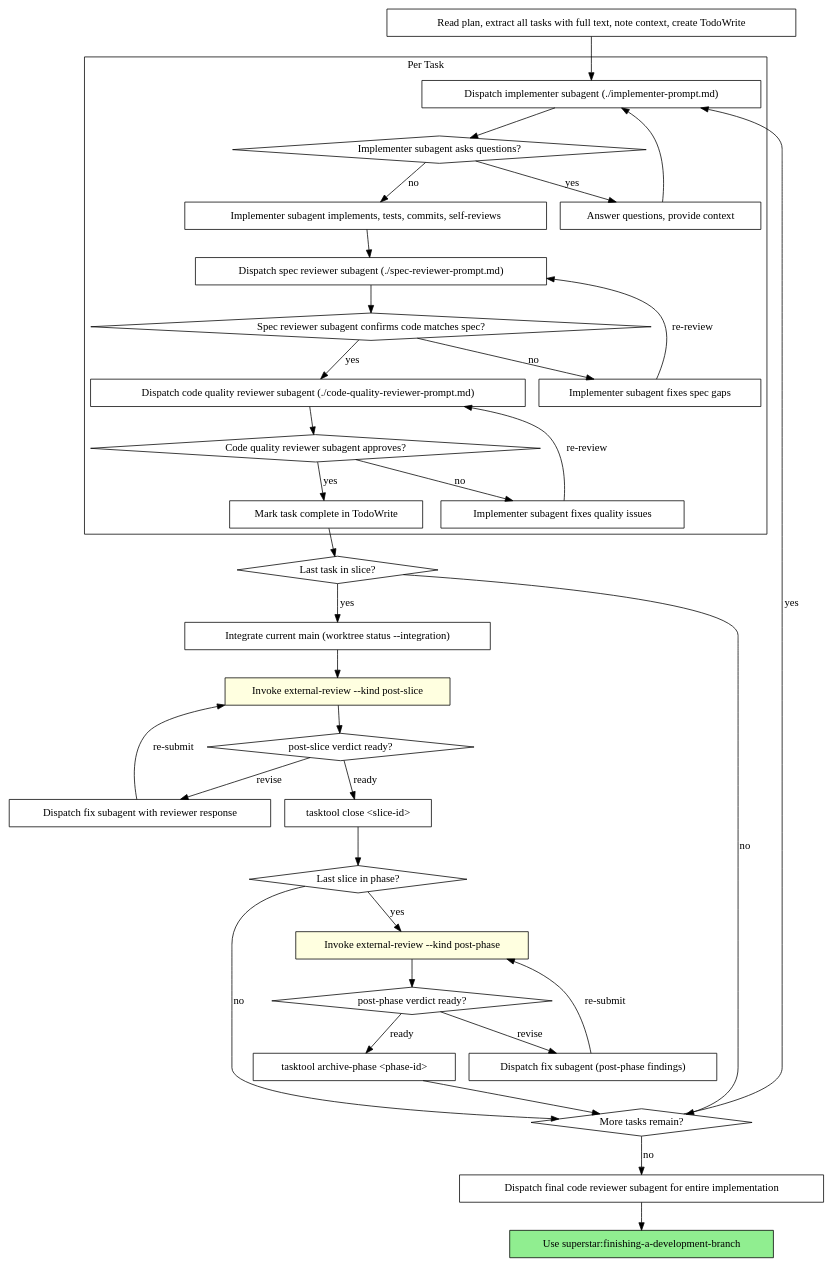
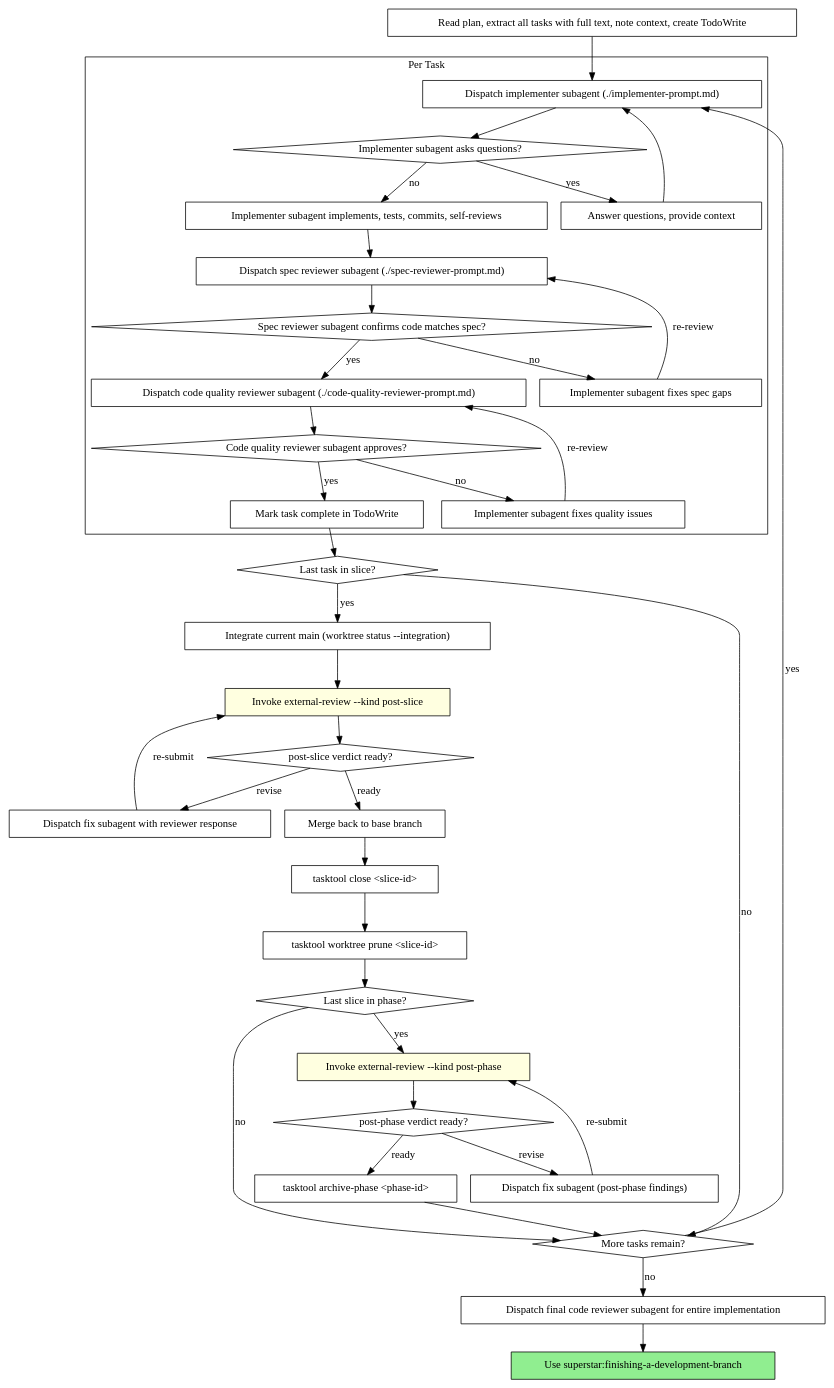
The second of 2 diagrams in skills/subagent-driven-development/SKILL.md (sigreer/superstar), drawn with Graphviz before and after one commit. The commit also changed other lines of this file and 1 other file, not shown here.

Commit message:
docs: merge back before slice close

````diff
--- a/skills/subagent-driven-development/SKILL.md
+++ b/skills/subagent-driven-development/SKILL.md
@@ -98,70 +99,74 @@
 ```dot
 digraph process {
     rankdir=TB;
 
     subgraph cluster_per_task {
         label="Per Task";
         "Dispatch implementer subagent (./implementer-prompt.md)" [shape=box];
         "Implementer subagent asks questions?" [shape=diamond];
         "Answer questions, provide context" [shape=box];
         "Implementer subagent implements, tests, commits, self-reviews" [shape=box];
         "Dispatch spec reviewer subagent (./spec-reviewer-prompt.md)" [shape=box];
         "Spec reviewer subagent confirms code matches spec?" [shape=diamond];
         "Implementer subagent fixes spec gaps" [shape=box];
         "Dispatch code quality reviewer subagent (./code-quality-reviewer-prompt.md)" [shape=box];
         "Code quality reviewer subagent approves?" [shape=diamond];
         "Implementer subagent fixes quality issues" [shape=box];
         "Mark task complete in TodoWrite" [shape=box];
     }
 
     "Read plan, extract all tasks with full text, note context, create TodoWrite" [shape=box];
     "Last task in slice?" [shape=diamond];
     "Invoke external-review --kind post-slice" [shape=box style=filled fillcolor=lightyellow];
     "post-slice verdict ready?" [shape=diamond];
     "Dispatch fix subagent with reviewer response" [shape=box];
     "tasktool close <slice-id>" [shape=box];
     "Last slice in phase?" [shape=diamond];
     "Invoke external-review --kind post-phase" [shape=box style=filled fillcolor=lightyellow];
     "post-phase verdict ready?" [shape=diamond];
     "Dispatch fix subagent (post-phase findings)" [shape=box];
     "tasktool archive-phase <phase-id>" [shape=box];
     "More tasks remain?" [shape=diamond];
     "Dispatch final code reviewer subagent for entire implementation" [shape=box];
     "Use superstar:finishing-a-development-branch" [shape=box style=filled fillcolor=lightgreen];
 
     "Read plan, extract all tasks with full text, note context, create TodoWrite" -> "Dispatch implementer subagent (./implementer-prompt.md)";
     "Dispatch implementer subagent (./implementer-prompt.md)" -> "Implementer subagent asks questions?";
     "Implementer subagent asks questions?" -> "Answer questions, provide context" [label="yes"];
     "Answer questions, provide context" -> "Dispatch implementer subagent (./implementer-prompt.md)";
     "Implementer subagent asks questions?" -> "Implementer subagent implements, tests, commits, self-reviews" [label="no"];
     "Implementer subagent implements, tests, commits, self-reviews" -> "Dispatch spec reviewer subagent (./spec-reviewer-prompt.md)";
     "Dispatch spec reviewer subagent (./spec-reviewer-prompt.md)" -> "Spec reviewer subagent confirms code matches spec?";
     "Spec reviewer subagent confirms code matches spec?" -> "Implementer subagent fixes spec gaps" [label="no"];
     "Implementer subagent fixes spec gaps" -> "Dispatch spec reviewer subagent (./spec-reviewer-prompt.md)" [label="re-review"];
     "Spec reviewer subagent confirms code matches spec?" -> "Dispatch code quality reviewer subagent (./code-quality-reviewer-prompt.md)" [label="yes"];
     "Dispatch code quality reviewer subagent (./code-quality-reviewer-prompt.md)" -> "Code quality reviewer subagent approves?";
     "Code quality reviewer subagent approves?" -> "Implementer subagent fixes quality issues" [label="no"];
     "Implementer subagent fixes quality issues" -> "Dispatch code quality reviewer subagent (./code-quality-reviewer-prompt.md)" [label="re-review"];
     "Code quality reviewer subagent approves?" -> "Mark task complete in TodoWrite" [label="yes"];
     "Mark task complete in TodoWrite" -> "Last task in slice?";
     "Last task in slice?" -> "More tasks remain?" [label="no"];
     "Integrate current main (worktree status --integration)" [shape=box];
     "Last task in slice?" -> "Integrate current main (worktree status --integration)" [label="yes"];
     "Integrate current main (worktree status --integration)" -> "Invoke external-review --kind post-slice";
     "Invoke external-review --kind post-slice" -> "post-slice verdict ready?";
     "post-slice verdict ready?" -> "Dispatch fix subagent with reviewer response" [label="revise"];
     "Dispatch fix subagent with reviewer response" -> "Invoke external-review --kind post-slice" [label="re-submit"];
-    "post-slice verdict ready?" -> "tasktool close <slice-id>" [label="ready"];
-    "tasktool close <slice-id>" -> "Last slice in phase?";
+    "Merge back to base branch" [shape=box];
+    "tasktool worktree prune <slice-id>" [shape=box];
+    "post-slice verdict ready?" -> "Merge back to base branch" [label="ready"];
+    "Merge back to base branch" -> "tasktool close <slice-id>";
+    "tasktool close <slice-id>" -> "tasktool worktree prune <slice-id>";
+    "tasktool worktree prune <slice-id>" -> "Last slice in phase?";
     "Last slice in phase?" -> "More tasks remain?" [label="no"];
     "Last slice in phase?" -> "Invoke external-review --kind post-phase" [label="yes"];
     "Invoke external-review --kind post-phase" -> "post-phase verdict ready?";
     "post-phase verdict ready?" -> "Dispatch fix subagent (post-phase findings)" [label="revise"];
     "Dispatch fix subagent (post-phase findings)" -> "Invoke external-review --kind post-phase" [label="re-submit"];
     "post-phase verdict ready?" -> "tasktool archive-phase <phase-id>" [label="ready"];
     "tasktool archive-phase <phase-id>" -> "More tasks remain?";
     "More tasks remain?" -> "Dispatch implementer subagent (./implementer-prompt.md)" [label="yes"];
     "More tasks remain?" -> "Dispatch final code reviewer subagent for entire implementation" [label="no"];
     "Dispatch final code reviewer subagent for entire implementation" -> "Use superstar:finishing-a-development-branch";
 }
 ```
````
